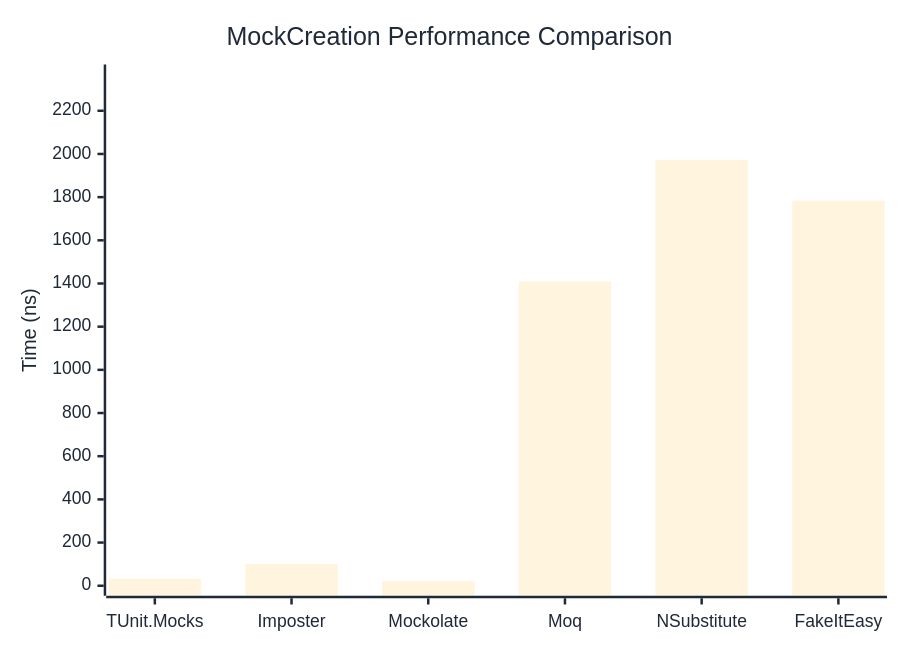
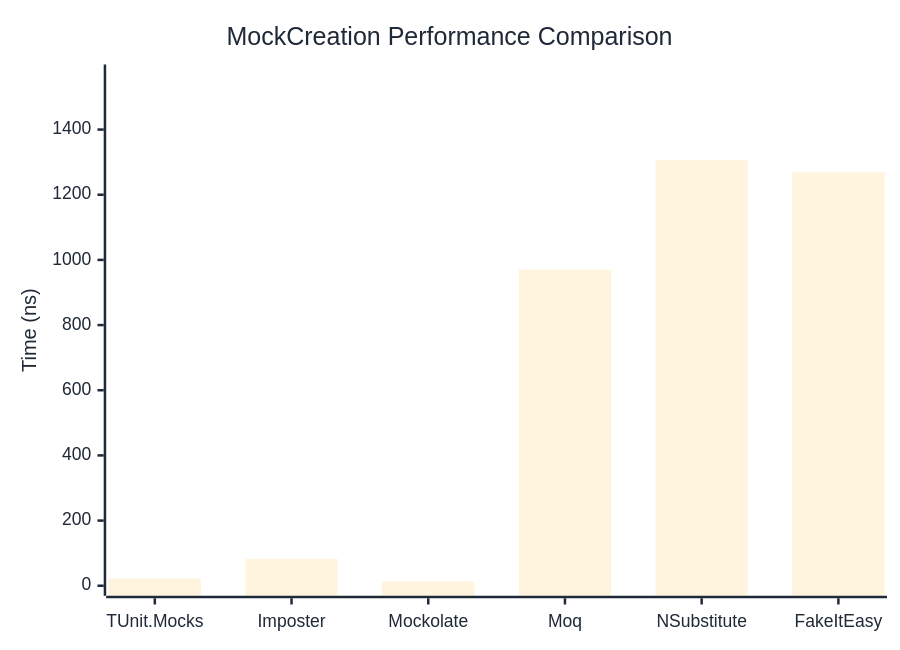
One commit to thomhurst/TUnit changed the first of 2 diagrams in docs/docs/benchmarks/mocks/MockCreation.md. Above: the diagram before and after it, drawn with Mermaid. The commit also changed other lines of this file and 14 other files, not shown here.

````diff
--- a/docs/docs/benchmarks/mocks/MockCreation.md
+++ b/docs/docs/benchmarks/mocks/MockCreation.md
@@ -30,27 +30,27 @@
 ```mermaid
 %%{init: {
   'theme':'base',
   'themeVariables': {
     'primaryColor': '#2563eb',
     'primaryTextColor': '#1f2937',
     'primaryBorderColor': '#1e40af',
     'lineColor': '#6b7280',
     'secondaryColor': '#7c3aed',
     'tertiaryColor': '#dc2626',
     'background': '#ffffff',
     'pie1': '#2563eb',
     'pie2': '#7c3aed',
     'pie3': '#dc2626',
     'pie4': '#f59e0b',
     'pie5': '#10b981',
     'pie6': '#06b6d4',
     'pie7': '#ec4899',
     'pie8': '#6366f1'
   }
 }}%%
 xychart-beta
   title "MockCreation Performance Comparison"
   x-axis ["TUnit.Mocks", "Imposter", "Mockolate", "Moq", "NSubstitute", "FakeItEasy"]
-  y-axis "Time (ns)" 0 --> 2368
-  bar [32.88, 100.99, 21.26, 1409.16, 1972.85, 1783.73]
+  y-axis "Time (ns)" 0 --> 1569
+  bar [22.16, 82.36, 13.6, 970.03, 1306.95, 1268.64]
 ```
````
